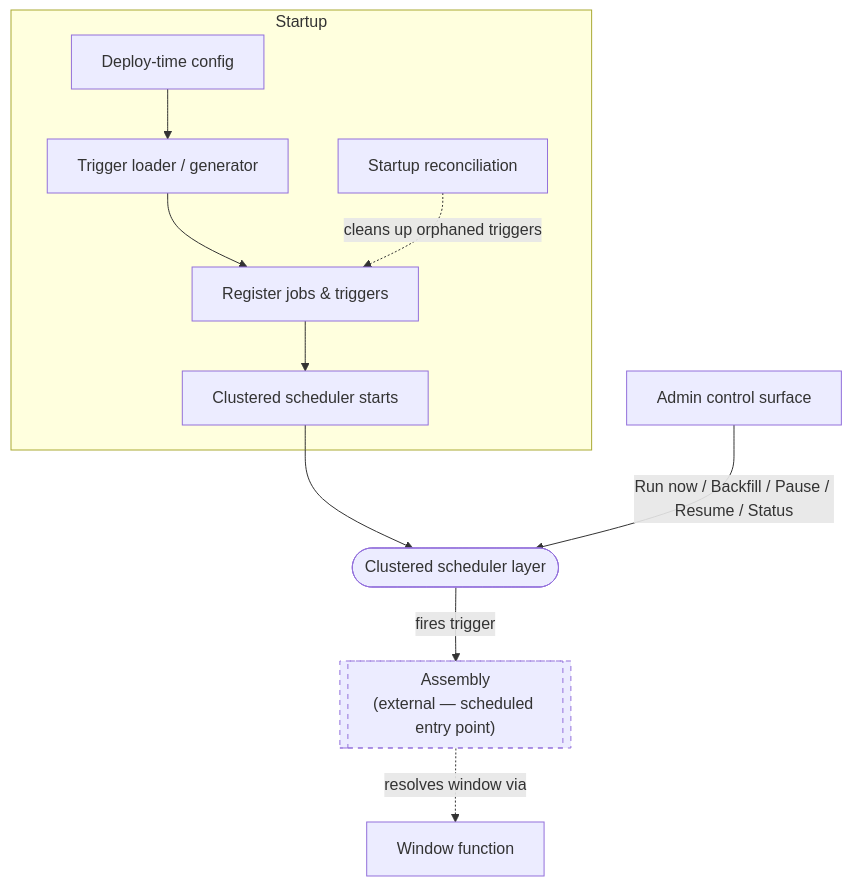
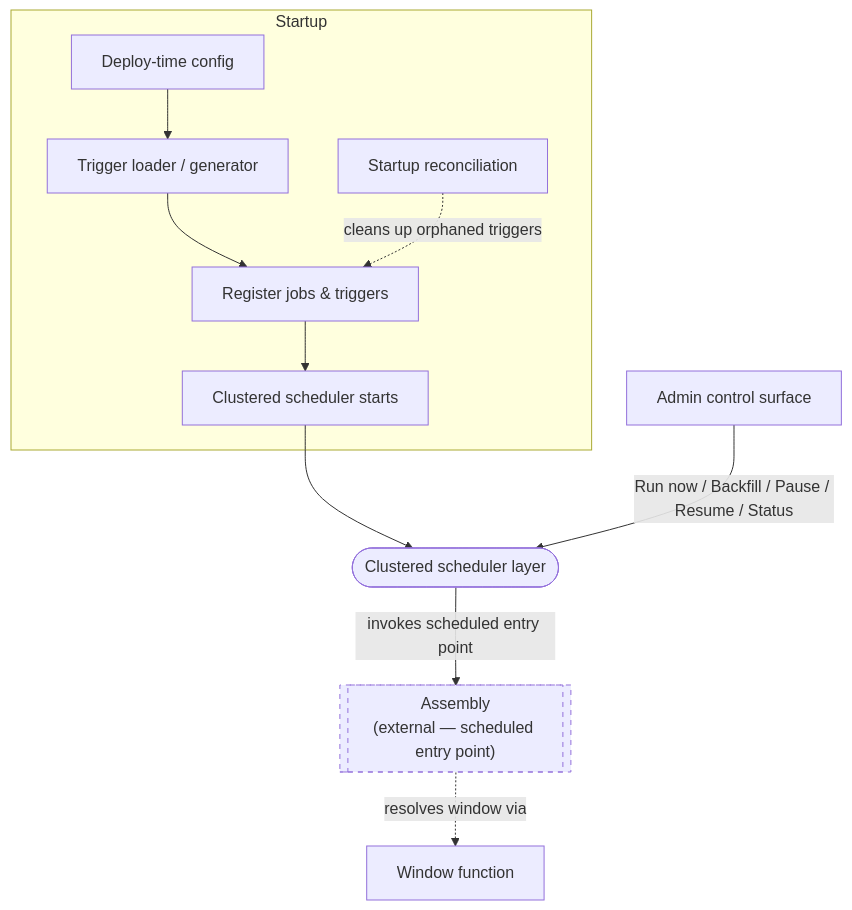
One commit to vijaykumarn/research changed the diagram in supervisor-project/03-solution-documentation/commander-scheduling.md. Above: the diagram before and after it, drawn with Mermaid. The commit also changed other lines of this file and 3 other files, not shown here.

````diff
--- a/supervisor-project/03-solution-documentation/commander-scheduling.md
+++ b/supervisor-project/03-solution-documentation/commander-scheduling.md
@@ -79,18 +81,18 @@
 ```mermaid
 flowchart TB
     subgraph Startup
         CFG[Deploy-time config] --> TLG[Trigger loader / generator]
         TLG --> REG[Register jobs & triggers]
         REC[Startup reconciliation] -. cleans up orphaned triggers .-> REG
         REG --> START[Clustered scheduler starts]
     end
 
     START --> CS(["Clustered scheduler layer"])
     AC[Admin control surface] -- Run now / Backfill / Pause / Resume / Status --> CS
     WF[Window function]
 
-    CS -- fires trigger --> ASM[["Assembly<br/>(external — scheduled entry point)"]]
+    CS -- invokes scheduled entry point --> ASM[["Assembly<br/>(external — scheduled entry point)"]]
     ASM -. resolves window via .-> WF
 
     style ASM stroke-dasharray: 5 5
 ```
````
